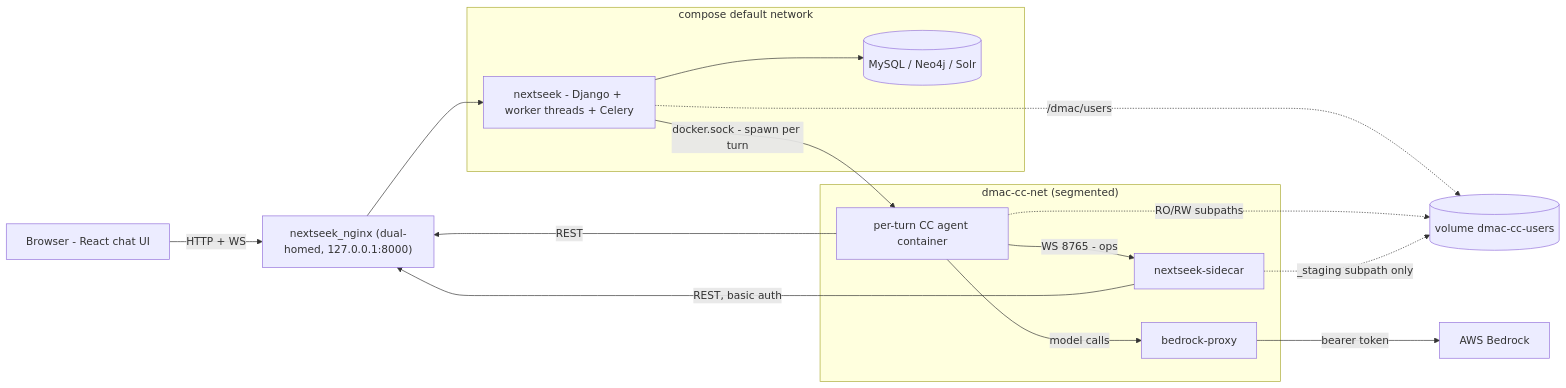
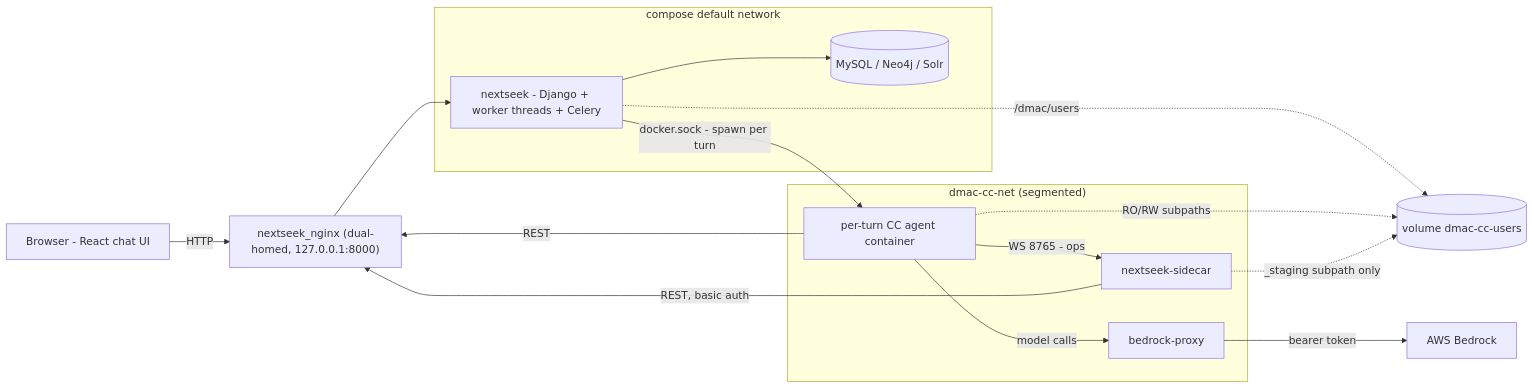
The first of 4 diagrams in architecture.md (BioMicroCenter/NExtSEEK), drawn with Mermaid before and after one commit. The commit also changed other lines of this file, not shown here.

First line of the commit message:
docs(assistant): apply verified corrections to architecture.md

````diff
--- a/architecture.md
+++ b/architecture.md
@@ -23,28 +23,28 @@
 ```mermaid
 flowchart LR
     B["Browser - React chat UI"]
     NG["nextseek_nginx (dual-homed, 127.0.0.1:8000)"]
     subgraph DEF["compose default network"]
         DJ["nextseek - Django + worker threads + Celery"]
         DS[("MySQL / Neo4j / Solr")]
     end
     subgraph CC["dmac-cc-net (segmented)"]
         AG["per-turn CC agent container"]
         SC["nextseek-sidecar"]
         BP["bedrock-proxy"]
     end
     AWS["AWS Bedrock"]
     VOL[("volume dmac-cc-users")]
-    B -->|"HTTP + WS"| NG
+    B -->|"HTTP"| NG
     NG --> DJ
     DJ --> DS
     DJ -->|"docker.sock - spawn per turn"| AG
     AG -->|"WS 8765 - ops"| SC
     AG -->|"model calls"| BP
     AG -->|"REST"| NG
     SC -->|"REST, basic auth"| NG
     BP -->|"bearer token"| AWS
     DJ -.->|"/dmac/users"| VOL
     AG -.->|"RO/RW subpaths"| VOL
     SC -.->|"_staging subpath only"| VOL
 ```
````
